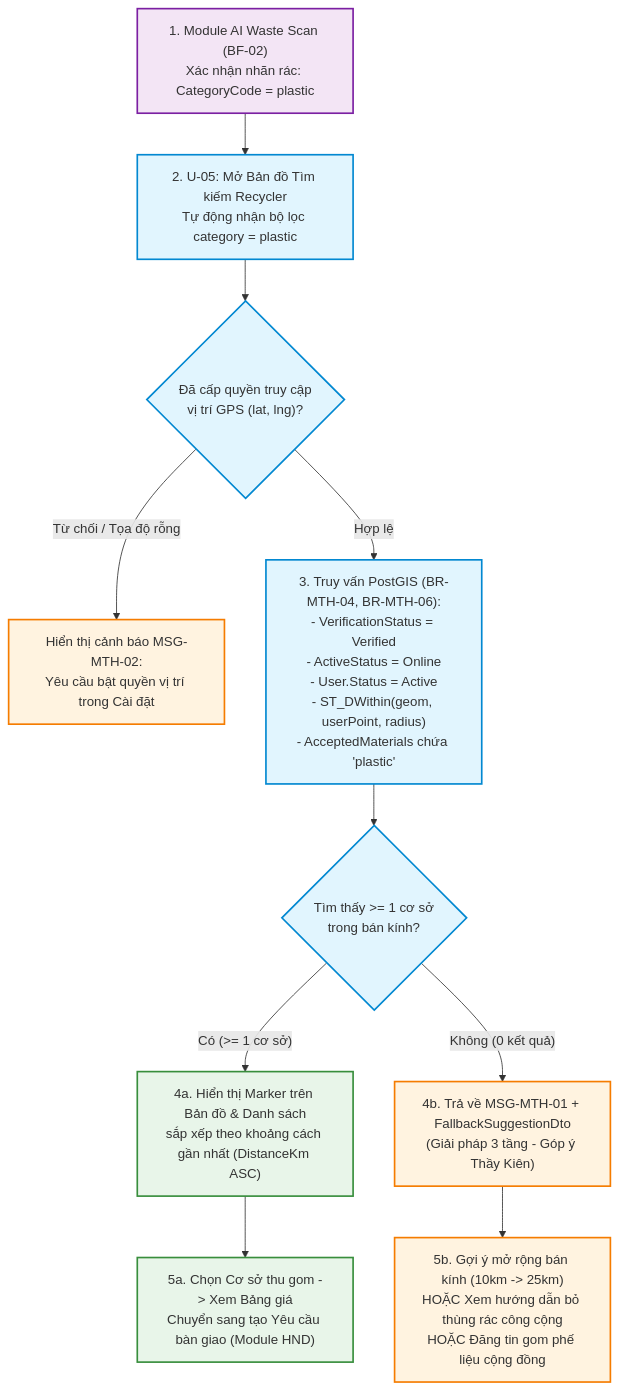
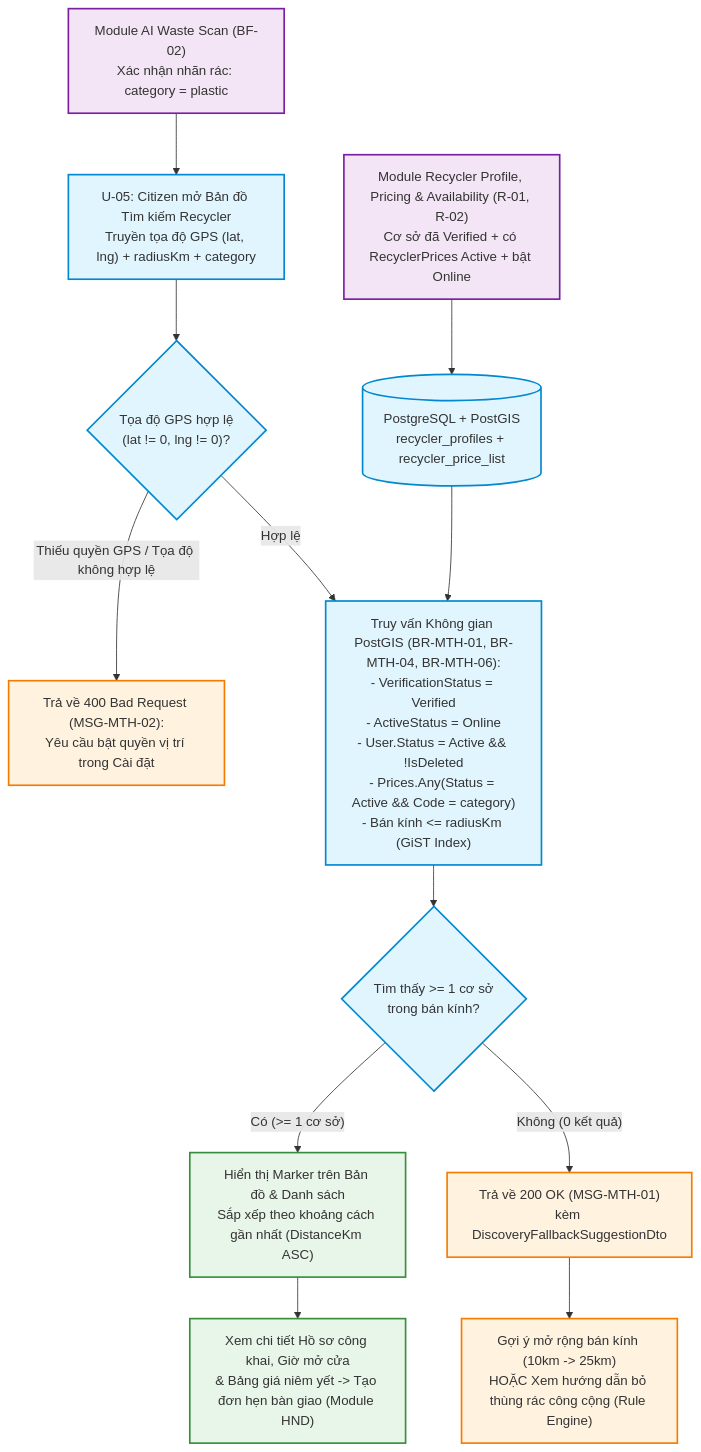
The first of 2 diagrams in documents/implementation_plan/location_based_recycler_discovery_implementation_plan.md (VPGreenLight/intelligent-waste-sorting-trading), drawn with Mermaid before and after one commit. The commit also changed other lines of this file and 9 other files, not shown here.

First line of the commit message:
refactor(db): standardize snake_case schema and seed recycler prices

````diff
--- a/documents/implementation_plan/location_based_recycler_discovery_implementation_plan.md
+++ b/documents/implementation_plan/location_based_recycler_discovery_implementation_plan.md
@@ -78,23 +74,27 @@
 ```mermaid
 flowchart TD
-    classDef ai fill:#f3e5f5,stroke:#7b1fa2,stroke-width:2px;
+    classDef pre fill:#f3e5f5,stroke:#7b1fa2,stroke-width:2px;
     classDef mth fill:#e1f5fe,stroke:#0288d1,stroke-width:2px;
     classDef trade fill:#e8f5e9,stroke:#388e3c,stroke-width:2px;
     classDef warn fill:#fff3e0,stroke:#f57c00,stroke-width:2px;
 
-    Scan["1. Module AI Waste Scan (BF-02)<br/>Xác nhận nhãn rác: CategoryCode = plastic"]:::ai
-    --> OpenMap["2. U-05: Mở Bản đồ Tìm kiếm Recycler<br/>Tự động nhận bộ lọc category = plastic"]:::mth
+    Scan["Module AI Waste Scan (BF-02)<br/>Xác nhận nhãn rác: category = plastic"]:::pre
+    --> OpenMap["U-05: Citizen mở Bản đồ Tìm kiếm Recycler<br/>Truyền tọa độ GPS (lat, lng) + radiusKm + category"]:::mth
 
-    OpenMap --> CheckGPS{"Đã cấp quyền truy cập<br/>vị trí GPS (lat, lng)?"}:::mth
-    CheckGPS -- "Từ chối / Tọa độ rỗng" --> ErrGPS["Hiển thị cảnh báo MSG-MTH-02:<br/>Yêu cầu bật quyền vị trí trong Cài đặt"]:::warn
+    R01R02["Module Recycler Profile, Pricing & Availability (R-01, R-02)<br/>Cơ sở đã Verified + có RecyclerPrices Active + bật Online"]:::pre
+    --> DB[(PostgreSQL + PostGIS<br/>recycler_profiles + recycler_price_list)]:::mth
 
-    CheckGPS -- "Hợp lệ" --> QueryPostGIS["3. Truy vấn PostGIS (BR-MTH-04, BR-MTH-06):<br/>- VerificationStatus = Verified<br/>- ActiveStatus = Online<br/>- User.Status = Active<br/>- ST_DWithin(geom, userPoint, radius)<br/>- AcceptedMaterials chứa 'plastic'"]:::mth
+    OpenMap --> CheckGPS{"Tọa độ GPS hợp lệ<br/>(lat != 0, lng != 0)?"}:::mth
+    CheckGPS -- "Thiếu quyền GPS / Tọa độ không hợp lệ" --> ErrGPS["Trả về 400 Bad Request (MSG-MTH-02):<br/>Yêu cầu bật quyền vị trí trong Cài đặt"]:::warn
 
+    CheckGPS -- "Hợp lệ" --> QueryPostGIS["Truy vấn Không gian PostGIS (BR-MTH-01, BR-MTH-04, BR-MTH-06):<br/>- VerificationStatus = Verified<br/>- ActiveStatus = Online<br/>- User.Status = Active && !IsDeleted<br/>- Prices.Any(Status = Active && Code = category)<br/>- Bán kính <= radiusKm (GiST Index)"]:::mth
+
+    DB --> QueryPostGIS
     QueryPostGIS --> HasResult{"Tìm thấy >= 1 cơ sở<br/>trong bán kính?"}:::mth
 
-    HasResult -- "Có (>= 1 cơ sở)" --> RenderMap["4a. Hiển thị Marker trên Bản đồ & Danh sách<br/>sắp xếp theo khoảng cách gần nhất (DistanceKm ASC)"]:::trade
-    RenderMap --> SelectDepot["5a. Chọn Cơ sở thu gom -> Xem Bảng giá<br/>Chuyển sang tạo Yêu cầu bàn giao (Module HND)"]:::trade
+    HasResult -- "Có (>= 1 cơ sở)" --> RenderMap["Hiển thị Marker trên Bản đồ & Danh sách<br/>Sắp xếp theo khoảng cách gần nhất (DistanceKm ASC)"]:::trade
+    RenderMap --> ViewDetail["Xem chi tiết Hồ sơ công khai, Giờ mở cửa<br/>& Bảng giá niêm yết -> Tạo đơn hẹn bàn giao (Module HND)"]:::trade
 
-    HasResult -- "Không (0 kết quả)" --> EmptyMsg["4b. Trả về MSG-MTH-01 + FallbackSuggestionDto<br/>(Giải pháp 3 tầng - Góp ý Thầy Kiên)"]:::warn
-    EmptyMsg --> FallbackChoice["5b. Gợi ý mở rộng bán kính (10km -> 25km)<br/>HOẶC Xem hướng dẫn bỏ thùng rác công cộng<br/>HOẶC Đăng tin gom phế liệu cộng đồng"]:::warn
+    HasResult -- "Không (0 kết quả)" --> EmptyMsg["Trả về 200 OK (MSG-MTH-01)<br/>kèm DiscoveryFallbackSuggestionDto"]:::warn
+    EmptyMsg --> FallbackChoice["Gợi ý mở rộng bán kính (10km -> 25km)<br/>HOẶC Xem hướng dẫn bỏ thùng rác công cộng (Rule Engine)"]:::warn
 ```
````
